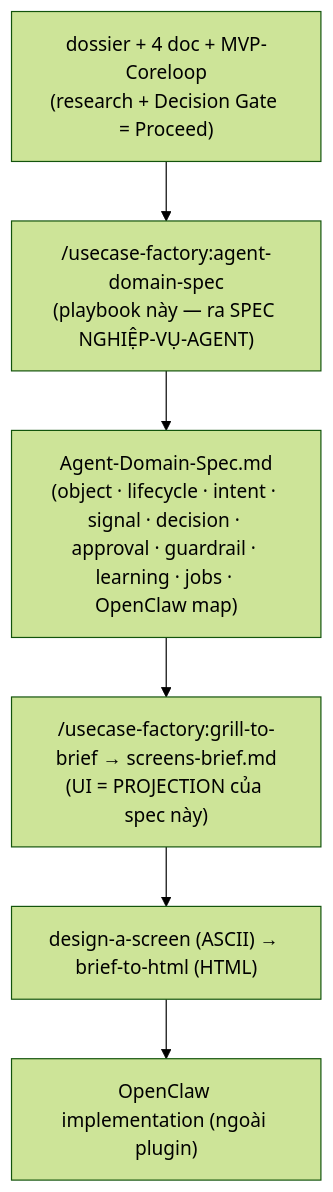
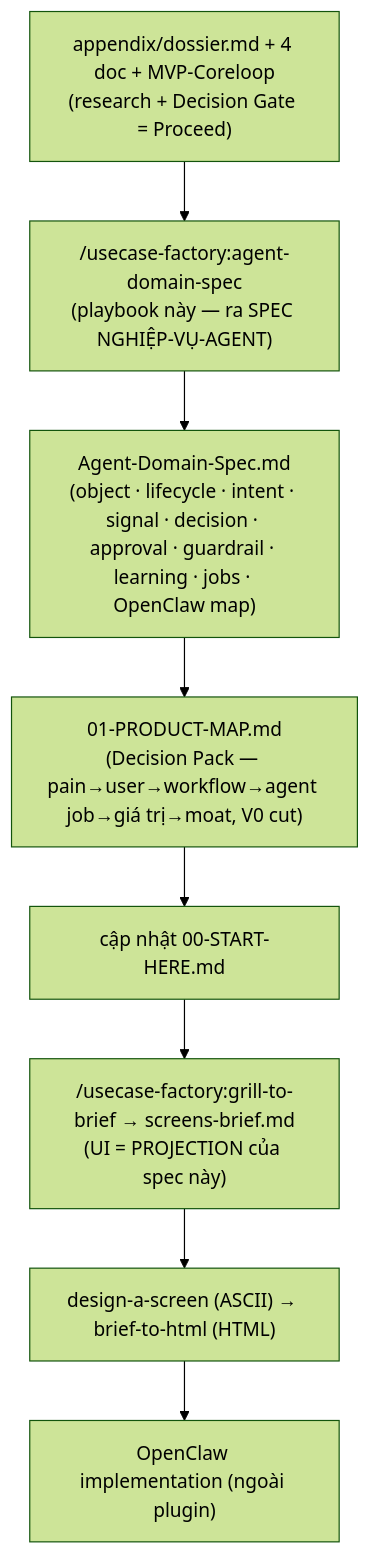
Before and after one commit to Tritintruong114/usecase-factory: the diagram in skills/agent-domain-spec/playbook.md, drawn with Mermaid (forest theme). The commit also changed other lines of this file and 29 other files, not shown here.

First line of the commit message:
Restructure output into a Decision Pack (BREAKING, 0.3.0 -> 1.0.0)

````diff
--- a/skills/agent-domain-spec/playbook.md
+++ b/skills/agent-domain-spec/playbook.md
@@ -7,8 +7,10 @@
 ```mermaid
 flowchart TD
-    R["dossier + 4 doc + MVP-Coreloop<br/>(research + Decision Gate = Proceed)"] --> AD["/usecase-factory:agent-domain-spec<br/>(playbook này — ra SPEC NGHIỆP-VỤ-AGENT)"]
+    R["appendix/dossier.md + 4 doc + MVP-Coreloop<br/>(research + Decision Gate = Proceed)"] --> AD["/usecase-factory:agent-domain-spec<br/>(playbook này — ra SPEC NGHIỆP-VỤ-AGENT)"]
     AD --> ADS["Agent-Domain-Spec.md<br/>(object · lifecycle · intent · signal · decision · approval · guardrail · learning · jobs · OpenClaw map)"]
-    ADS --> G["/usecase-factory:grill-to-brief → screens-brief.md<br/>(UI = PROJECTION của spec này)"]
+    ADS --> PM["01-PRODUCT-MAP.md<br/>(Decision Pack — pain→user→workflow→agent job→giá trị→moat, V0 cut)"]
+    PM --> SH["cập nhật 00-START-HERE.md"]
+    SH --> G["/usecase-factory:grill-to-brief → screens-brief.md<br/>(UI = PROJECTION của spec này)"]
     G --> DS["design-a-screen (ASCII) → brief-to-html (HTML)"]
     DS --> OC["OpenClaw implementation (ngoài plugin)"]
 ```
````
